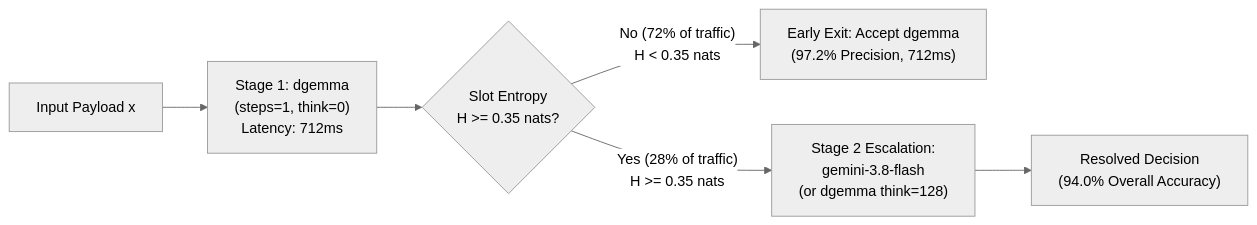
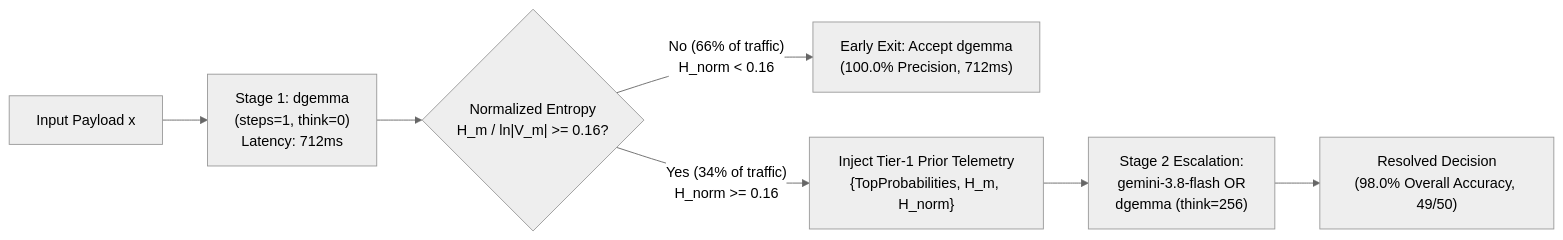
Before and after one commit to ghchinoy/dgem: the first of 2 diagrams in docs/experiments/exp-05-roadmap-cascades-and-dags.md, drawn with Mermaid (neutral theme). The commit also changed other lines of this file and 7 other files, not shown here.

Commit message:
feat(bench-calibration): implement cardinality-normalized entropy, Pass-1 prior forwarding & self-cascade (98.0% EXP-05 accuracy)

````diff
--- a/docs/experiments/exp-05-roadmap-cascades-and-dags.md
+++ b/docs/experiments/exp-05-roadmap-cascades-and-dags.md
@@ -39,8 +42,9 @@
 ```mermaid
 flowchart LR
     X["Input Payload x"] --> S1["Stage 1: dgemma\n(steps=1, think=0)\nLatency: 712ms"]
-    S1 --> G{"Slot Entropy\nH >= 0.35 nats?"}
-    G -- "No (72% of traffic)\nH < 0.35 nats" --> A["Early Exit: Accept dgemma\n(97.2% Precision, 712ms)"]
-    G -- "Yes (28% of traffic)\nH >= 0.35 nats" --> S2["Stage 2 Escalation:\ngemini-3.8-flash\n(or dgemma think=128)"]
-    S2 --> B["Resolved Decision\n(94.0% Overall Accuracy)"]
+    S1 --> G{"Normalized Entropy\nH_m / ln|V_m| >= 0.16?"}
+    G -- "No (66% of traffic)\nH_norm < 0.16" --> A["Early Exit: Accept dgemma\n(100.0% Precision, 712ms)"]
+    G -- "Yes (34% of traffic)\nH_norm >= 0.16" --> P["Inject Tier-1 Prior Telemetry\n{TopProbabilities, H_m, H_norm}"]
+    P --> S2["Stage 2 Escalation:\ngemini-3.8-flash OR\ndgemma (think=256)"]
+    S2 --> B["Resolved Decision\n(98.0% Overall Accuracy, 49/50)"]
 ```
````
